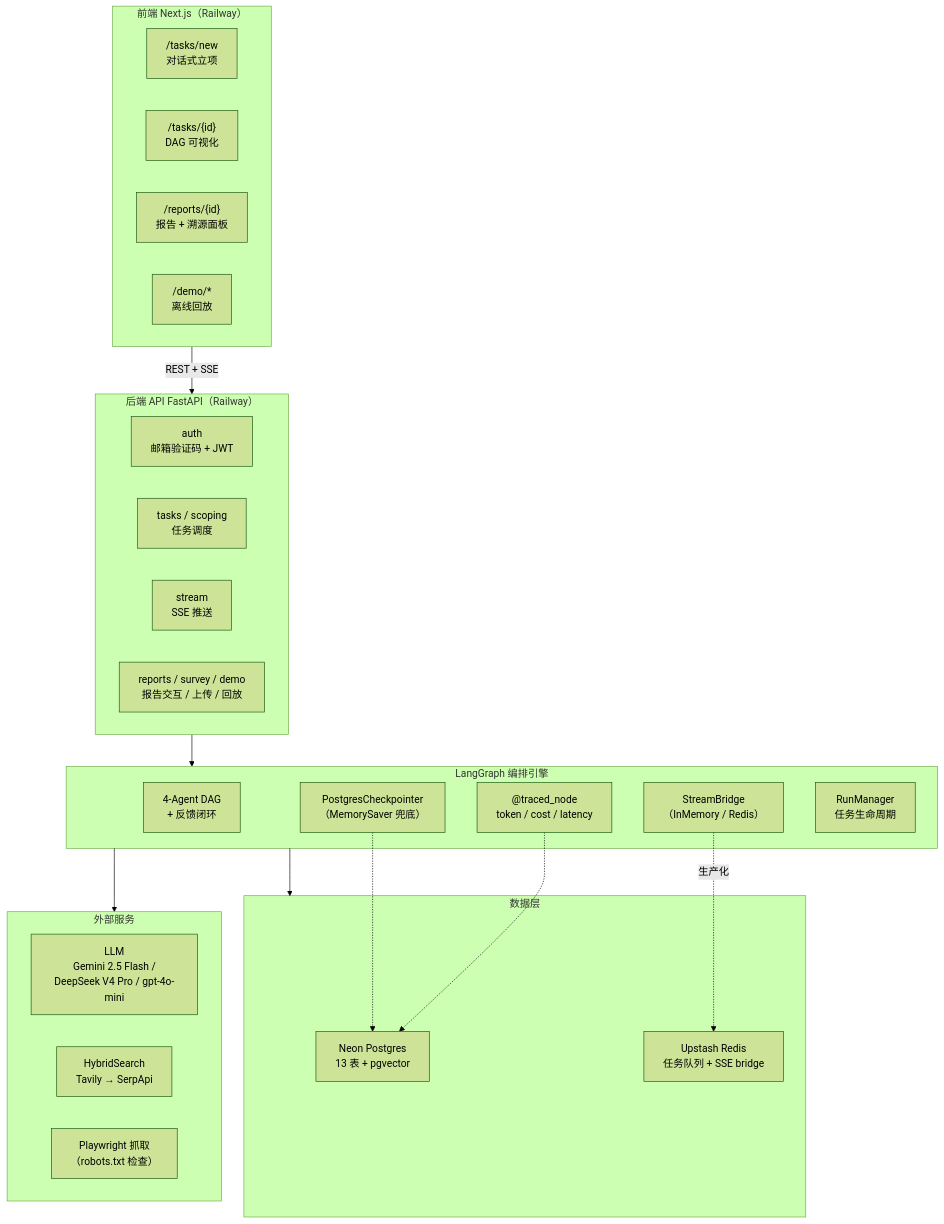
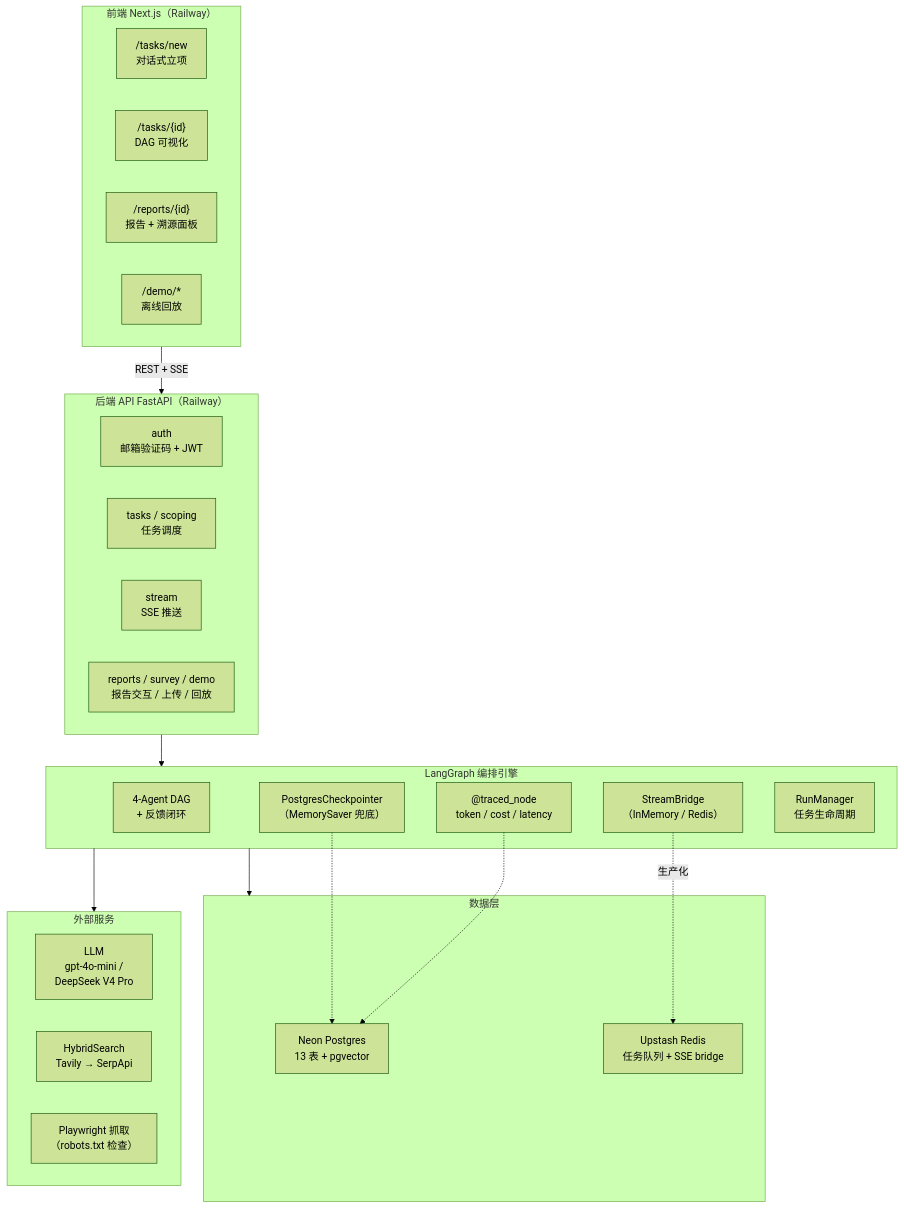
The first of 2 diagrams in docs/architecture.md (XuZiHan-010/competitor_analysis), drawn with Mermaid (forest theme) before and after one commit. The commit also changed other lines of this file and 4 other files, not shown here.

First line of the commit message:
refactor(collector): switch query-rewrite model from gemini-2.5-flash to gpt-4o-mini

````diff
--- a/docs/architecture.md
+++ b/docs/architecture.md
@@ -33,43 +33,43 @@
 ```mermaid
 flowchart TB
     subgraph FE["前端 Next.js（Railway）"]
         P1["/tasks/new<br/>对话式立项"]
         P2["/tasks/{id}<br/>DAG 可视化"]
         P3["/reports/{id}<br/>报告 + 溯源面板"]
         P4["/demo/*<br/>离线回放"]
     end
 
     subgraph API["后端 API FastAPI（Railway）"]
         R1["auth<br/>邮箱验证码 + JWT"]
         R2["tasks / scoping<br/>任务调度"]
         R3["stream<br/>SSE 推送"]
         R4["reports / survey / demo<br/>报告交互 / 上传 / 回放"]
     end
 
     subgraph ORCH["LangGraph 编排引擎"]
         WF["4-Agent DAG<br/>+ 反馈闭环"]
         CKPT["PostgresCheckpointer<br/>（MemorySaver 兜底）"]
         TN["@traced_node<br/>token / cost / latency"]
         SB["StreamBridge<br/>（InMemory / Redis）"]
         RM["RunManager<br/>任务生命周期"]
     end
 
     subgraph EXT["外部服务"]
-        LLM["LLM<br/>Gemini 2.5 Flash /<br/>DeepSeek V4 Pro / gpt-4o-mini"]
+        LLM["LLM<br/>gpt-4o-mini /<br/>DeepSeek V4 Pro"]
         SRCH["HybridSearch<br/>Tavily → SerpApi"]
         SCR["Playwright 抓取<br/>（robots.txt 检查）"]
     end
 
     subgraph DATA["数据层"]
         PG["Neon Postgres<br/>13 表 + pgvector"]
         RD["Upstash Redis<br/>任务队列 + SSE bridge"]
     end
 
     FE -->|REST + SSE| API
     API --> ORCH
     ORCH --> EXT
     ORCH --> DATA
     SB -. 生产化 .-> RD
     CKPT -.-> PG
     TN -.-> PG
 ```
````
